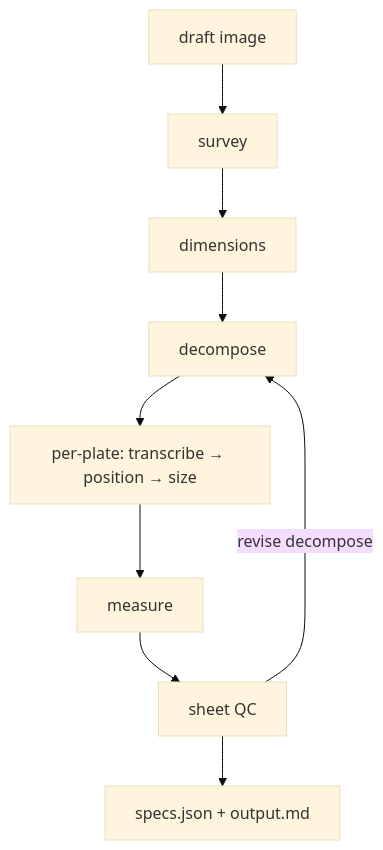
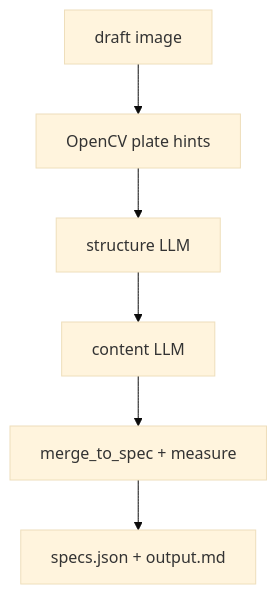
The diagram in README.md (mhdrezky/label-spec-generator), drawn with Mermaid (base theme) before and after one commit. The commit also changed other lines of this file and 43 other files, not shown here.

Commit message:
remove legacy flow

````diff
--- a/README.md
+++ b/README.md
@@ -18,14 +15,11 @@
 ```mermaid
 flowchart TD
     IMG["draft image"]
-    S1["survey"]
-    S2["dimensions"]
-    S3["decompose"]
-    PP["per-plate: transcribe → position → size"]
-    M["measure"]
-    QC["sheet QC"]
+    CV["OpenCV plate hints"]
+    S1["structure LLM"]
+    S2["content LLM"]
+    M["merge_to_spec + measure"]
     OUT["specs.json + output.md"]
 
-    IMG --> S1 --> S2 --> S3 --> PP --> M --> QC --> OUT
-    QC -->|"revise decompose"| S3
+    IMG --> CV --> S1 --> S2 --> M --> OUT
 ```
````
